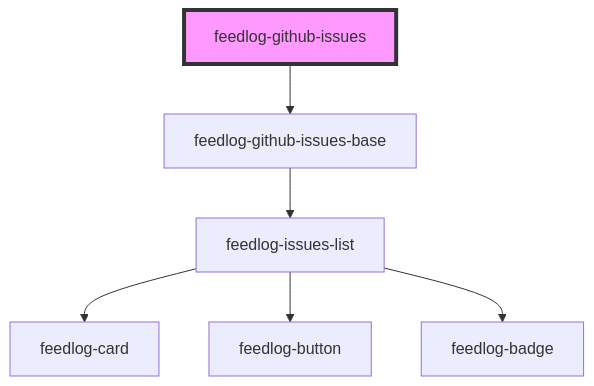
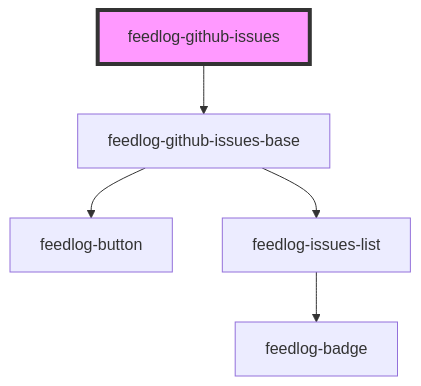
The diagram in packages/webcomponents/src/components/feedlog-github-issues/readme.md (FeedlogAI/feedlog-toolkit), drawn with Mermaid before and after one commit. The commit also changed other lines of this file and 40 other files, not shown here.

Commit message:
Enhance Feedlog components: add 'postedAt' property to GitHubIssue interface, update FeedlogGithubIssues and FeedlogIssuesList for improved issue display with timestamps, and adjust CSS for consistent theming across components.

````diff
--- a/packages/webcomponents/src/components/feedlog-github-issues/readme.md
+++ b/packages/webcomponents/src/components/feedlog-github-issues/readme.md
@@ -38,9 +40,8 @@
 ```mermaid
 graph TD;
   feedlog-github-issues --> feedlog-github-issues-base
+  feedlog-github-issues-base --> feedlog-button
   feedlog-github-issues-base --> feedlog-issues-list
-  feedlog-issues-list --> feedlog-card
-  feedlog-issues-list --> feedlog-button
   feedlog-issues-list --> feedlog-badge
   style feedlog-github-issues fill:#f9f,stroke:#333,stroke-width:4px
 ```
````
